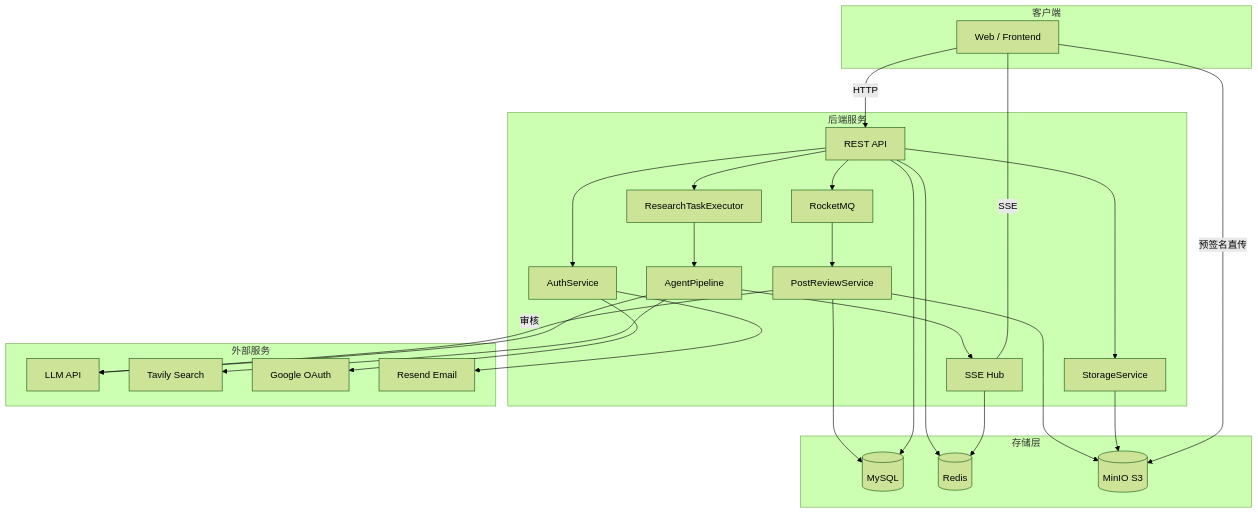
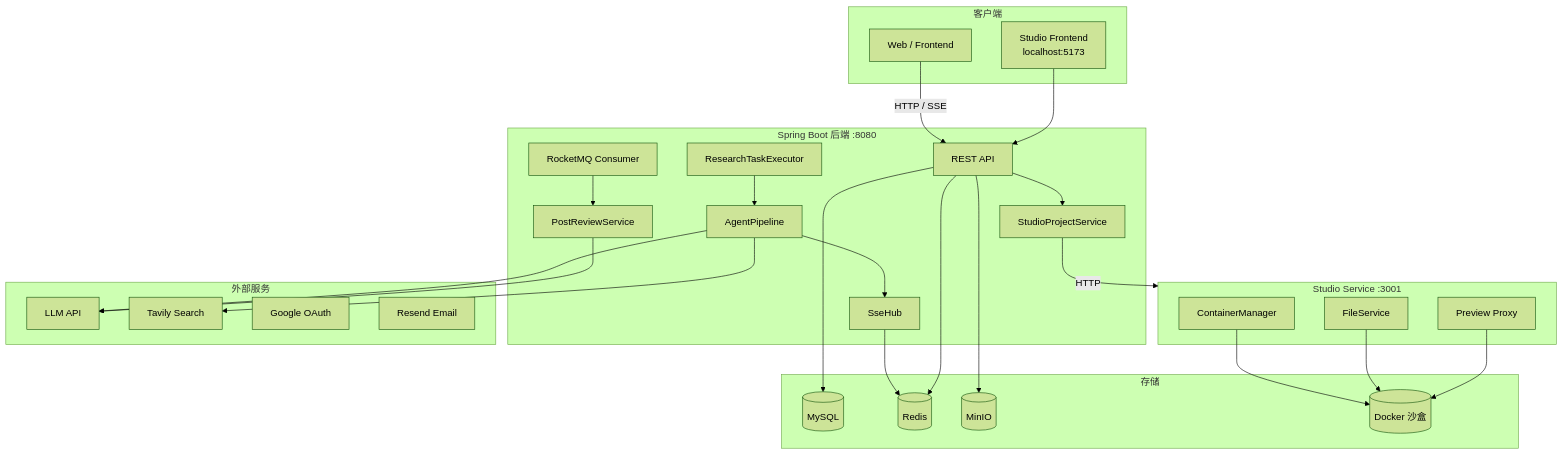
Before and after one commit to haotangyuan/KnowNote: the first of 4 diagrams in README.md, drawn with Mermaid (forest theme). The commit also changed other lines of this file and 1 other file, not shown here.

First line of the commit message:
docs: split README into project overview + DEVELOPMENT runbook

````diff
--- a/README.md
+++ b/README.md
@@ -34,52 +45,55 @@
 ```mermaid
 flowchart TB
     subgraph Client[客户端]
         FE[Web / Frontend]
+        Studio[Studio Frontend\nlocalhost:5173]
     end
 
-    subgraph Backend[后端服务]
+    subgraph Backend[Spring Boot 后端 :8080]
         API[REST API]
-        SSE[SSE Hub]
+        SSE[SseHub]
         Queue[ResearchTaskExecutor]
         Pipeline[AgentPipeline]
-        MQ[RocketMQ]
+        MQ[RocketMQ Consumer]
         Review[PostReviewService]
-        StorageSvc[StorageService]
-        Auth[AuthService]
+        StudioSvc[StudioProjectService]
+    end
+
+    subgraph StudioService[Studio Service :3001]
+        CM[ContainerManager]
+        FS[FileService]
+        Proxy[Preview Proxy]
     end
 
     subgraph External[外部服务]
         LLM[LLM API]
         Tavily[Tavily Search]
         Google[Google OAuth]
         Resend[Resend Email]
     end
 
-    subgraph Storage[存储层]
+    subgraph Storage[存储]
         MySQL[(MySQL)]
         Redis[(Redis)]
-        MinIO[(MinIO S3)]
+        MinIO[(MinIO)]
+        Docker[(Docker 沙盒)]
     end
 
-    FE -->|HTTP| API
-    FE ---|SSE| SSE
-    FE -->|预签名直传| MinIO
-    API --> Queue
-    API --> MQ
-    API --> StorageSvc
-    API --> Auth
+    FE -->|HTTP / SSE| API
+    Studio --> API
+    API --> StudioSvc
+    StudioSvc -->|HTTP| StudioService
+    CM --> Docker
+    FS --> Docker
+    Proxy --> Docker
     Queue --> Pipeline
     Pipeline --> LLM
     Pipeline --> Tavily
     Pipeline --> SSE
     SSE --> Redis
+    MQ --> Review
+    Review --> LLM
     API --> MySQL
     API --> Redis
-    StorageSvc --> MinIO
-    Auth --> Google
-    Auth --> Resend
-    MQ --> Review
-    Review -->|审核| LLM
-    Review --> MySQL
-    Review --> MinIO
+    API --> MinIO
 ```
````
